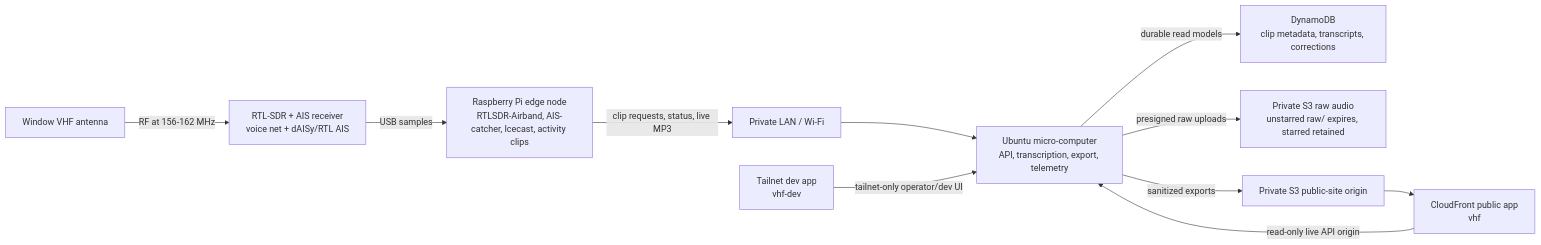
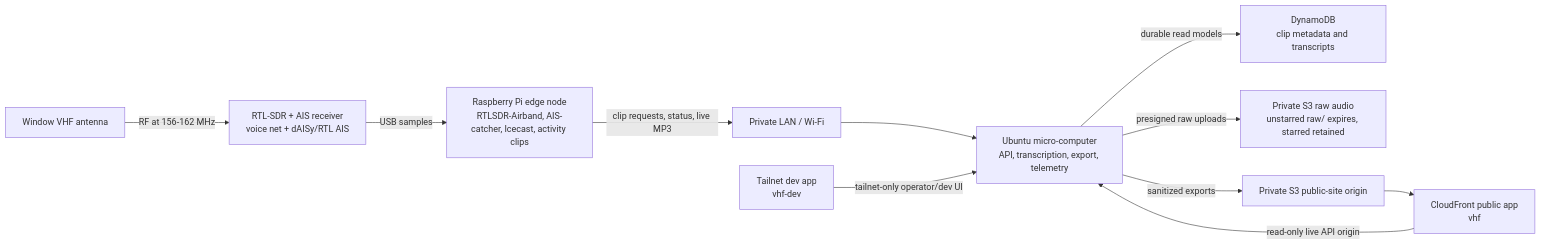
One commit to boscacci/vhf-seattle changed the diagram in docs/hardware-guide.md. Above: the diagram before and after it, drawn with Mermaid. The commit also changed other lines of this file and 123 other files, not shown here.

````diff
--- a/docs/hardware-guide.md
+++ b/docs/hardware-guide.md
@@ -10,24 +10,24 @@
 ```mermaid
 flowchart LR
   antenna["Window VHF antenna"]
   sdr["RTL-SDR + AIS receiver<br/>voice net + dAISy/RTL AIS"]
   pi["Raspberry Pi edge node<br/>RTLSDR-Airband, AIS-catcher, Icecast, activity clips"]
   lan["Private LAN / Wi-Fi"]
   homebox["Ubuntu micro-computer<br/>API, transcription, export, telemetry"]
-  ddb["DynamoDB<br/>clip metadata, transcripts, corrections"]
+  ddb["DynamoDB<br/>clip metadata and transcripts"]
   s3raw["Private S3 raw audio<br/>unstarred raw/ expires, starred retained"]
   s3site["Private S3 public-site origin"]
   public["CloudFront public app<br/>vhf"]
   dev["Tailnet dev app<br/>vhf-dev"]
 
   antenna -->|RF at 156-162 MHz| sdr
   sdr -->|USB samples| pi
   pi -->|clip requests, status, live MP3| lan
   lan --> homebox
   homebox -->|durable read models| ddb
   homebox -->|presigned raw uploads| s3raw
   homebox -->|sanitized exports| s3site
   s3site --> public
   public -->|read-only live API origin| homebox
   dev -->|tailnet-only operator/dev UI| homebox
 ```
````
